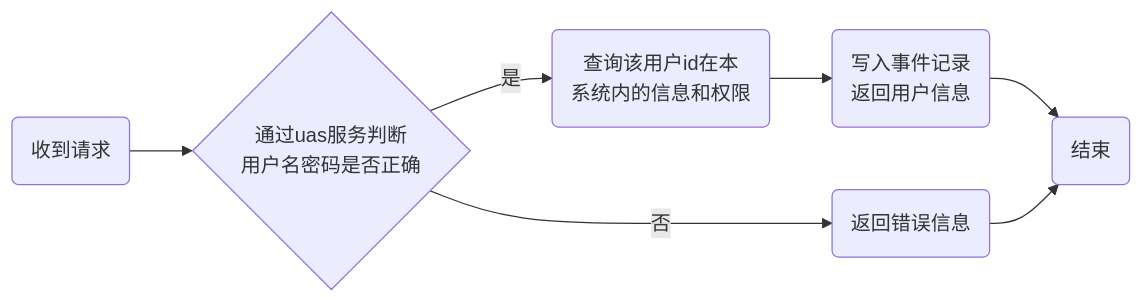
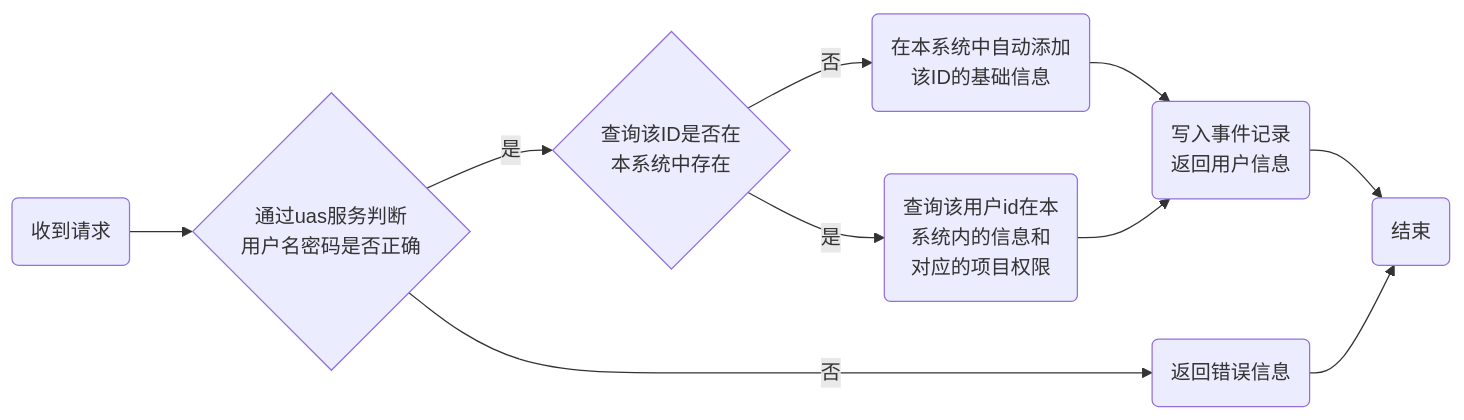
The tenth of 15 diagrams in docs/指令分发服务接口设计说明.md (ChinaMCat/lump), drawn with Mermaid before and after one commit. The commit also changed other lines of this file and 22 other files, not shown here.

````diff
--- a/docs/指令分发服务接口设计说明.md
+++ b/docs/指令分发服务接口设计说明.md
@@ -520,9 +570,12 @@
 ```mermaid
     graph LR
         A(收到请求)-->B{通过uas服务判断<br/>用户名密码是否正确};
-        B--是-->C(查询该用户id在本<br/>系统内的信息和权限);
+        B--是-->F{查询该ID是否在<br/>本系统中存在};
+        F--是-->C(查询该用户id在本<br/>系统内的信息和<br/>对应的项目权限);
+        F--否-->G(在本系统中自动添加<br/>该ID的基础信息);
+        G-->D;
         C-->D(写入事件记录<br/>返回用户信息);
         D-->Z(结束);
         B--否-->E(返回错误信息);
         E-->Z;
 ```
````
